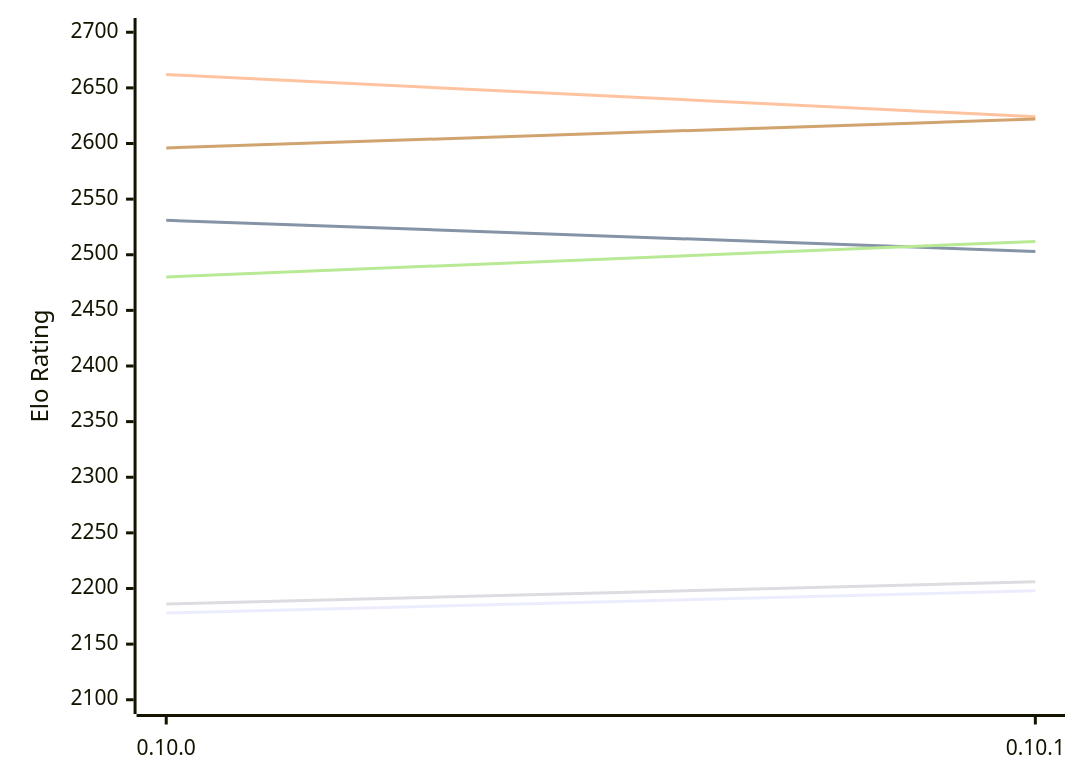
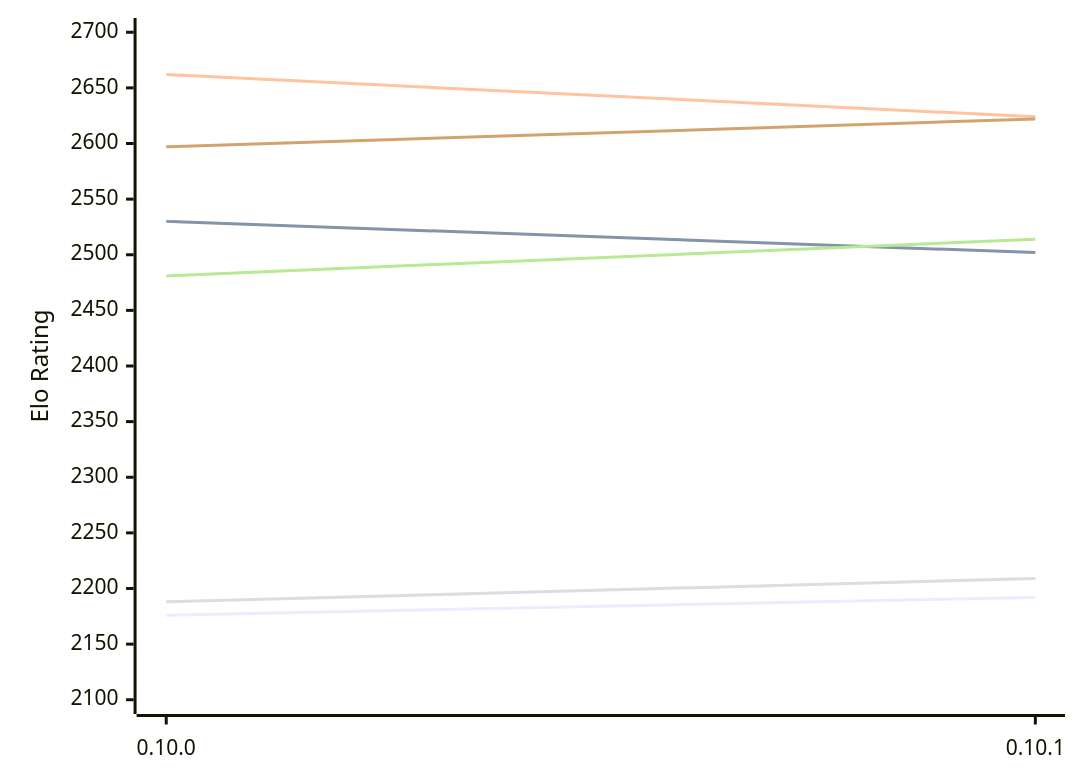
The first of 2 diagrams in engines/Fatalii.md (computer-chess-index/cci), drawn with Mermaid before and after one commit. The commit also changed other lines of this file, not shown here.

Commit message:
Update CCI Ratings (ELO VLTC) - 2026-11-28

````diff
--- a/engines/Fatalii.md
+++ b/engines/Fatalii.md
@@ -50,12 +50,12 @@
 ```mermaid
 %%{init: {"theme":"base","themeVariables":{"seriesColors:['#a3a3a3','#222221','#faa371']}}}%%
 xychart-beta
   x-axis ["0.10.0", "0.10.1"]
   y-axis "Elo Rating" 2100 --> 2700
-  line "E1: STC (8.0+0.08s)" [2178, 2198]
-  line "E1: LTC (60.0+0.60s)" [2531, 2503]
+  line "E1: STC (8.0+0.08s)" [2176, 2192]
+  line "E1: LTC (60.0+0.60s)" [2530, 2502]
   line "E1: VLTC (2m24s+1.12s)" [2662, 2624]
-  line "P1: STC (8.0+0.08s)" [2186, 2206]
-  line "P1: LTC (60.0+0.60s)" [2480, 2512]
-  line "P1: VLTC (2m24s+1.12s)" [2596, 2622]
+  line "P1: STC (8.0+0.08s)" [2188, 2209]
+  line "P1: LTC (60.0+0.60s)" [2481, 2514]
+  line "P1: VLTC (2m24s+1.12s)" [2597, 2622]
 ```
````
